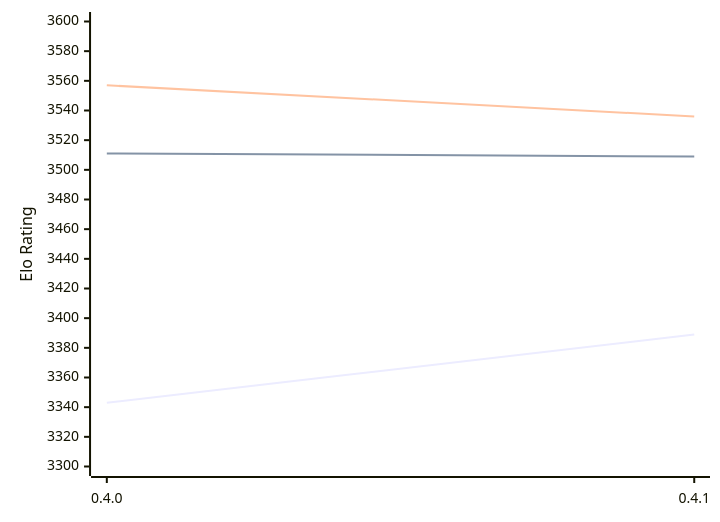
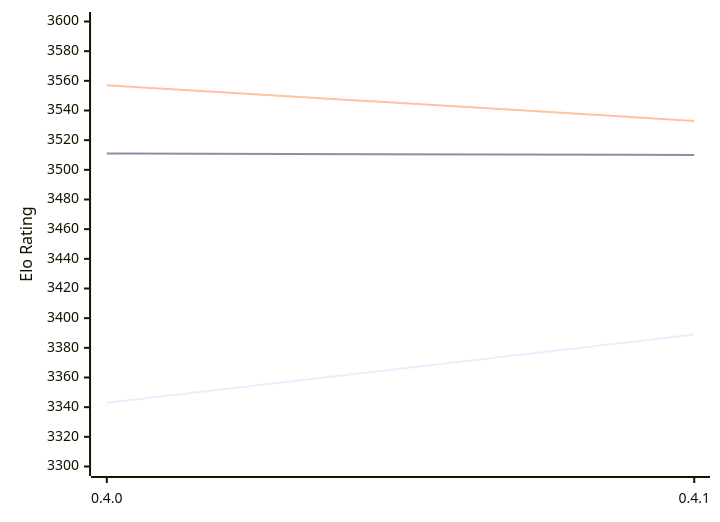
The diagram in engines/Cinder.md (computer-chess-index/cci), drawn with Mermaid before and after one commit. The commit also changed other lines of this file, not shown here.

Commit message:
Update CCI Ratings (ELO VLTC) - 2026-02-13

````diff
--- a/engines/Cinder.md
+++ b/engines/Cinder.md
@@ -37,9 +37,9 @@
 ```mermaid
 %%{init: {"theme":"base","themeVariables":{"seriesColors:['#a3a3a3','#222221','#faa371']}}}%%
 xychart-beta
   x-axis ["0.4.0", "0.4.1"]
   y-axis "Elo Rating" 3300 --> 3600
   line "STC (8.0+0.08s)" [3343, 3389]
-  line "LTC (60.0+0.60s)" [3511, 3509]
-  line "VLTC (2m24s+1.12s)" [3557, 3536]
+  line "LTC (60.0+0.60s)" [3511, 3510]
+  line "VLTC (2m24s+1.12s)" [3557, 3533]
 ```
````
